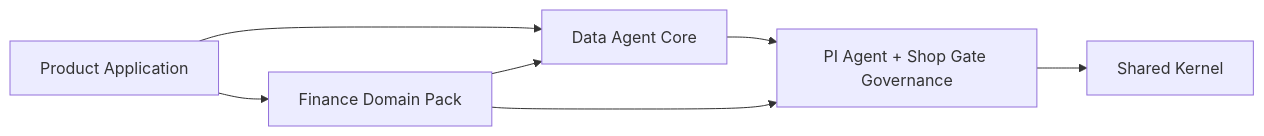
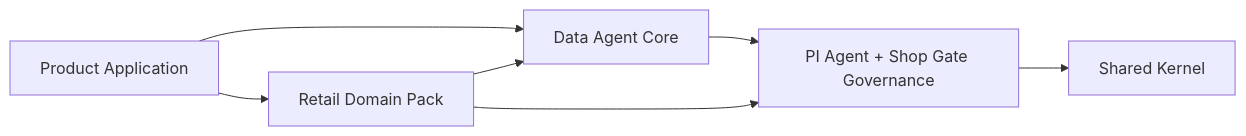
One commit to betterkite/shop-gate changed the diagram in docs/data-agent-architecture.md. Above: the diagram before and after it, drawn with Mermaid. The commit also changed other lines of this file and 108 other files, not shown here.

````diff
--- a/docs/data-agent-architecture.md
+++ b/docs/data-agent-architecture.md
@@ -29,9 +29,9 @@
 ```mermaid
 flowchart LR
   APP[Product Application] --> DA[Data Agent Core]
-  APP --> FD[Finance Domain Pack]
-  FD --> DA
+  APP --> RD[Retail Domain Pack]
+  RD --> DA
   DA --> MA[PI Agent + Shop Gate Governance]
-  FD --> MA
+  RD --> MA
   MA --> SK[Shared Kernel]
 ```
````
